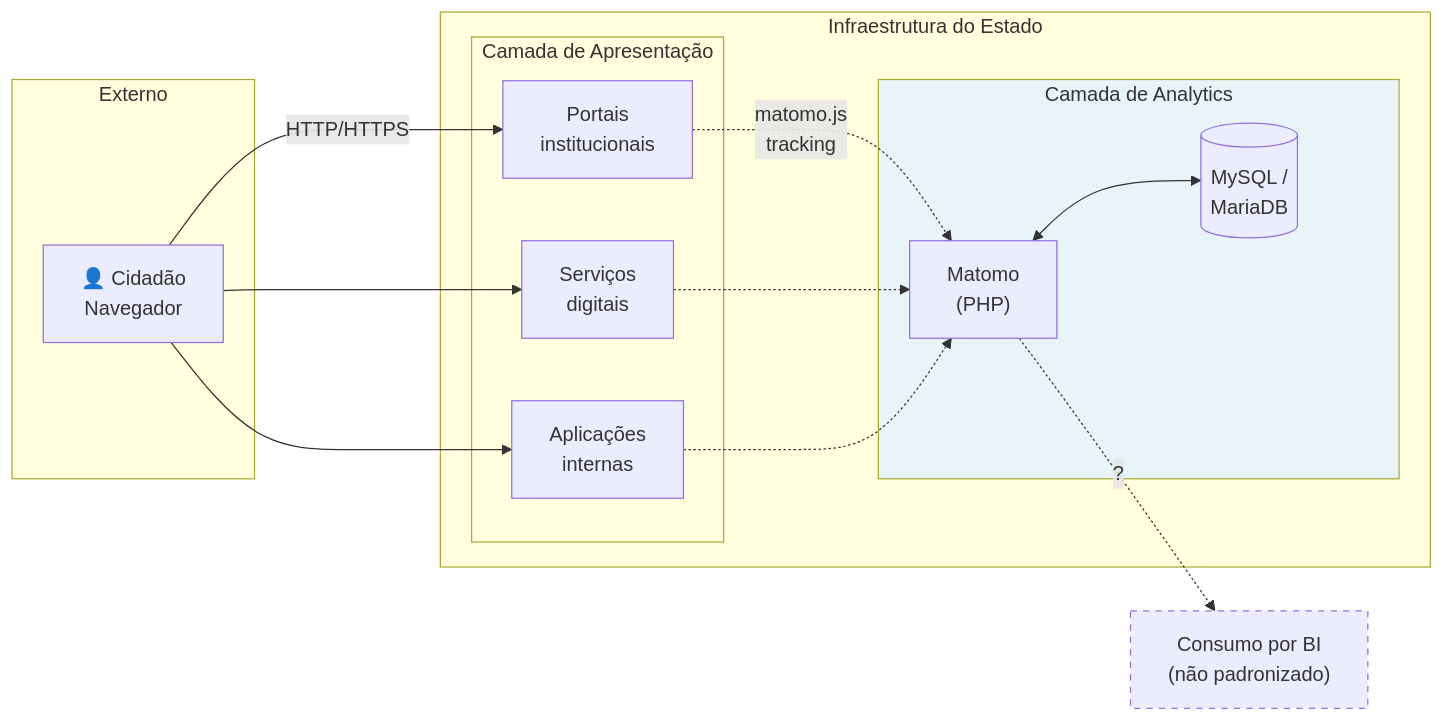
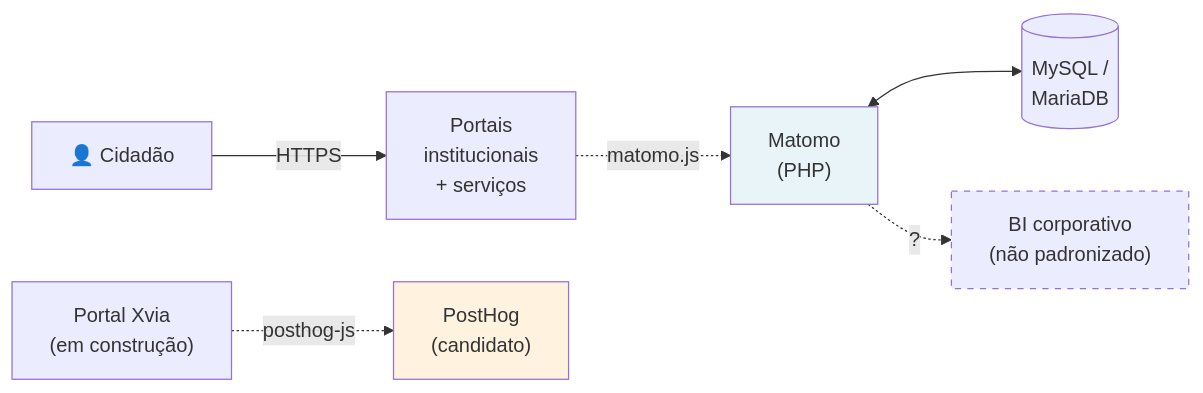
Before and after one commit to fabioramos-02/tradeoff-analytics: the diagram in docs/01-contexto.md, drawn with Mermaid. The commit also changed other lines of this file and 23 other files, not shown here.

Commit message:
feat: establish analytics architecture documentation including ADR-002 and supporting comparative studies

````diff
--- a/docs/01-contexto.md
+++ b/docs/01-contexto.md
@@ -138,34 +81,13 @@
 ```mermaid
 flowchart LR
-    subgraph EXT["Externo"]
-        C["👤 Cidadão<br/>Navegador"]
-    end
+    C["👤 Cidadão"] -->|"HTTPS"| PORTAIS["Portais<br/>institucionais<br/>+ serviços"]
+    PORTAIS -.->|"matomo.js"| M["Matomo<br/>(PHP)"]
+    M <--> DB[("MySQL /<br/>MariaDB")]
+    M -.->|"?"| BI["BI corporativo<br/>(não padronizado)"]
 
-    subgraph GOV["Infraestrutura do Estado"]
-        subgraph PORTAIS["Camada de Apresentação"]
-            P1["Portais<br/>institucionais"]
-            P2["Serviços<br/>digitais"]
-            P3["Aplicações<br/>internas"]
-        end
+    XVIA["Portal Xvia<br/>(em construção)"] -.->|"posthog-js"| PH["PostHog<br/>(candidato)"]
 
-        subgraph ANALYTICS["Camada de Analytics"]
-            M["Matomo<br/>(PHP)"]
-            DB[("MySQL /<br/>MariaDB")]
-        end
-    end
-
-    C -->|"HTTP/HTTPS"| P1
-    C --> P2
-    C --> P3
-
-    P1 -.->|"matomo.js<br/>tracking"| M
-    P2 -.-> M
-    P3 -.-> M
-
-    M <--> DB
-
-    M -.->|"?"| BI["Consumo por BI<br/>(não padronizado)"]
-
-    style ANALYTICS fill:#e8f4f8
+    style M fill:#e8f4f8
+    style PH fill:#fff3e0
     style BI stroke-dasharray: 5 5
 ```
````
